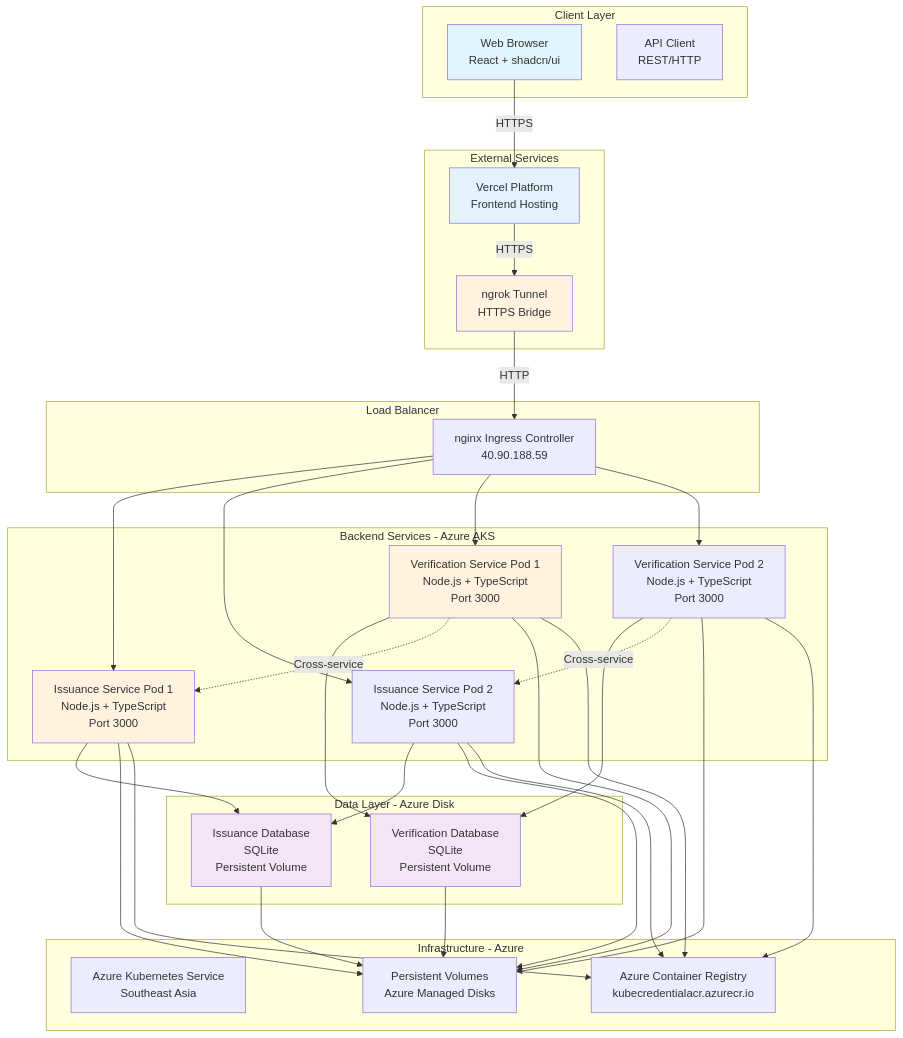
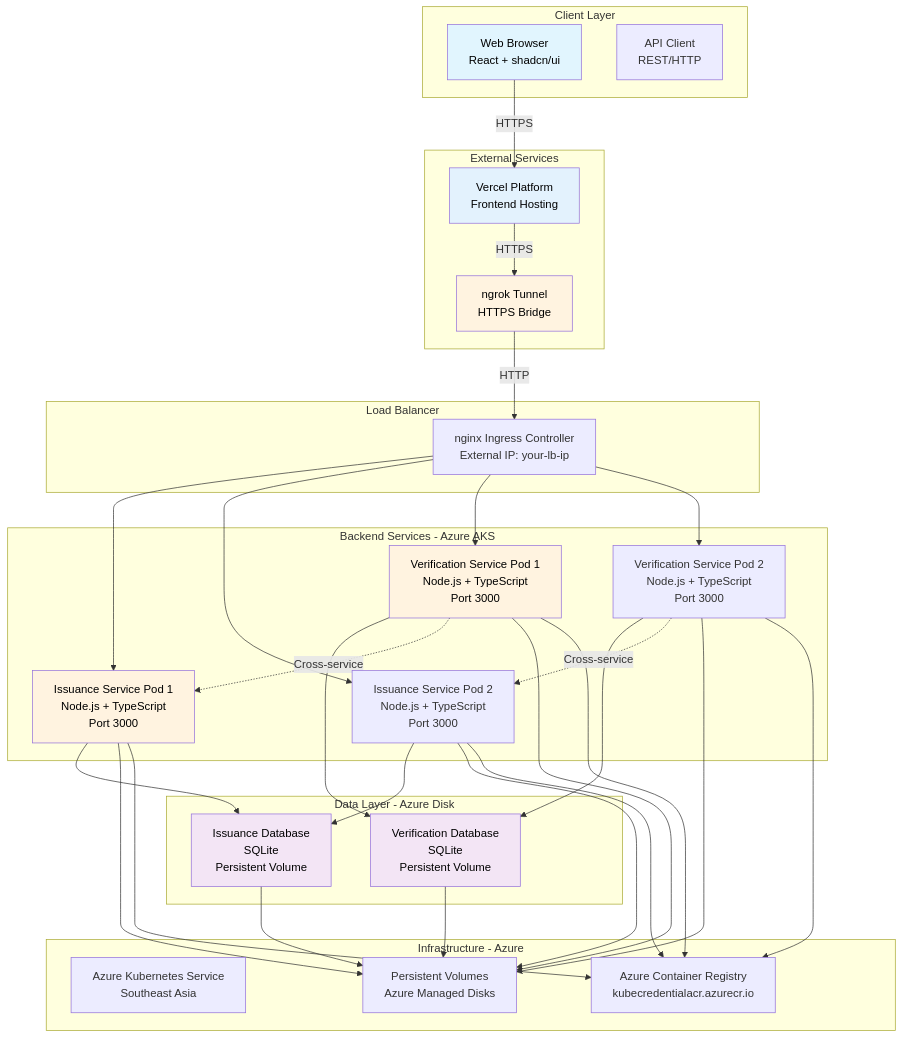
The first of 9 diagrams in ARCHITECTURE.md (Souravbudke/kube-credential), drawn with Mermaid before and after one commit. The commit also changed 2 other files, not shown here.

Commit message:
Fix security: remove exposed IPs and URLs, set text color to black

````diff
--- a/ARCHITECTURE.md
+++ b/ARCHITECTURE.md
@@ -28,72 +28,72 @@
 ```mermaid
 graph TB
     subgraph "Client Layer"
         A[Web Browser<br/>React + shadcn/ui]
         B[API Client<br/>REST/HTTP]
     end
 
     subgraph "Load Balancer"
-        C[nginx Ingress Controller<br/>40.90.188.59]
+        C[nginx Ingress Controller<br/>External IP: your-lb-ip]
     end
 
     subgraph "Backend Services - Azure AKS"
         F[Issuance Service Pod 1<br/>Node.js + TypeScript<br/>Port 3000]
         G[Issuance Service Pod 2<br/>Node.js + TypeScript<br/>Port 3000]
         H[Verification Service Pod 1<br/>Node.js + TypeScript<br/>Port 3000]
         I[Verification Service Pod 2<br/>Node.js + TypeScript<br/>Port 3000]
     end
 
     subgraph "Data Layer - Azure Disk"
         J[Issuance Database<br/>SQLite<br/>Persistent Volume]
         K[Verification Database<br/>SQLite<br/>Persistent Volume]
     end
 
     subgraph "Infrastructure - Azure"
         L[Azure Kubernetes Service<br/>Southeast Asia]
         M[Azure Container Registry<br/>kubecredentialacr.azurecr.io]
         N[Persistent Volumes<br/>Azure Managed Disks]
     end
 
     subgraph "External Services"
         O[Vercel Platform<br/>Frontend Hosting]
         P[ngrok Tunnel<br/>HTTPS Bridge]
     end
 
     A -->|HTTPS| O
     O -->|HTTPS| P
     P -->|HTTP| C
 
     C --> F
     C --> G
     C --> H
     C --> I
 
     F --> J
     G --> J
     H --> K
     I --> K
 
     H -.->|Cross-service| F
     I -.->|Cross-service| G
 
     F --> N
     G --> N
     H --> N
     I --> N
 
     F --> M
     G --> M
     H --> M
     I --> M
 
     J --> N
     K --> N
 
-    style A fill:#e1f5fe
-    style F fill:#fff3e0
-    style H fill:#fff3e0
-    style J fill:#f3e5f5
-    style K fill:#f3e5f5
-    style O fill:#e3f2fd
-    style P fill:#fff3e0
+    style A fill:#e1f5fe,color:#000
+    style F fill:#fff3e0,color:#000
+    style H fill:#fff3e0,color:#000
+    style J fill:#f3e5f5,color:#000
+    style K fill:#f3e5f5,color:#000
+    style O fill:#e3f2fd,color:#000
+    style P fill:#fff3e0,color:#000
 ```
````
